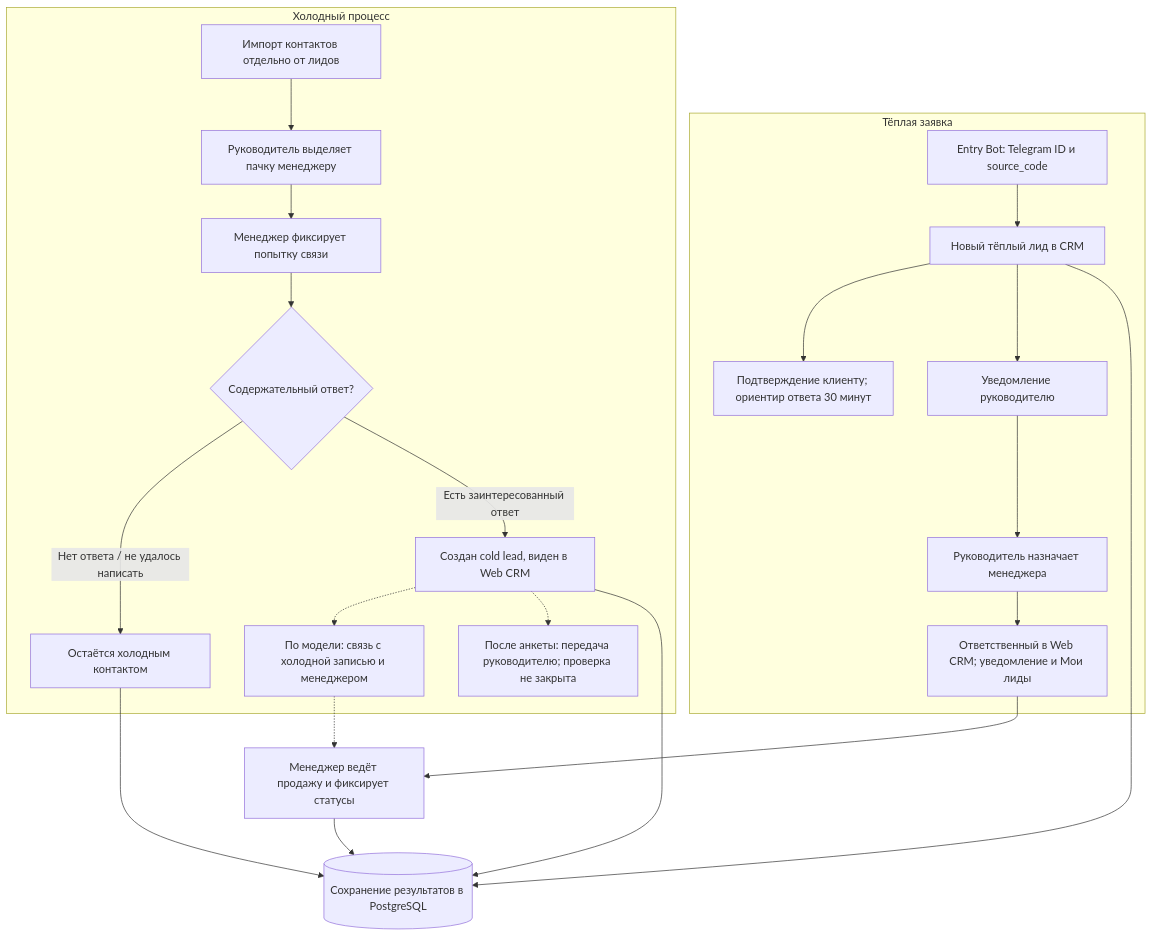
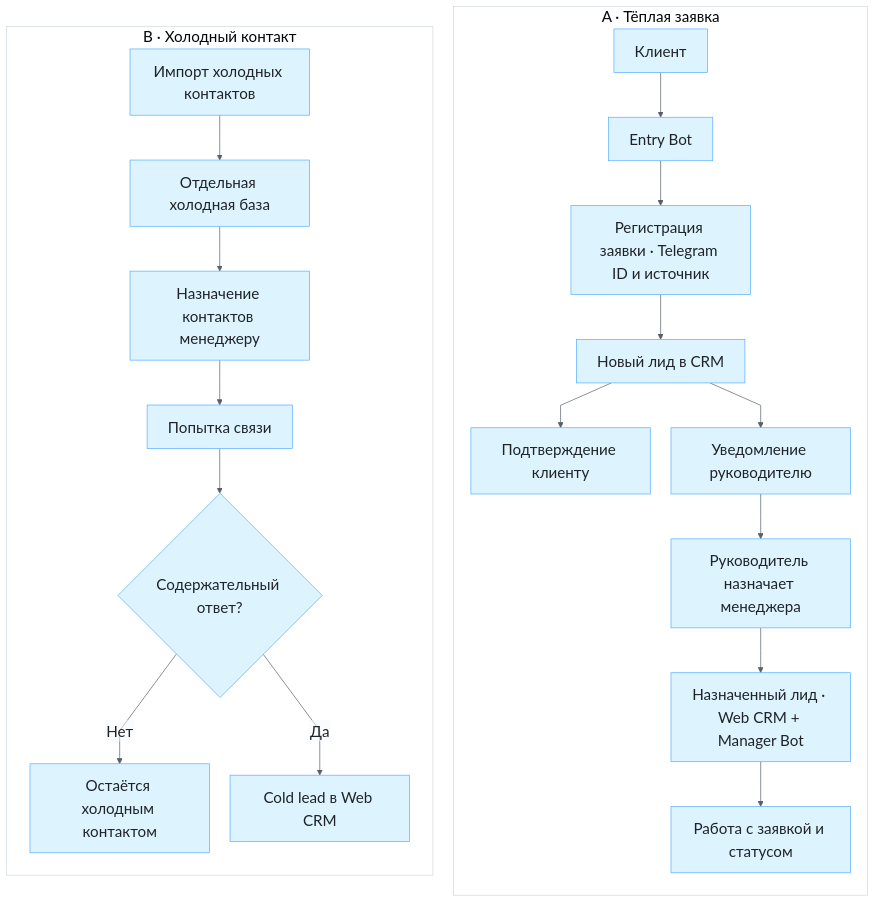
The diagram in crm/architecture/lead-flow.mmd (EugeneCodeCeo/learn-and-earn-case-studies), drawn with Mermaid before and after one commit. The commit also changed 4 other files, not shown here.

Commit message:
docs: redesign CRM case study and architecture

```diff
--- a/crm/architecture/lead-flow.mmd
+++ b/crm/architecture/lead-flow.mmd
@@ -1,23 +1,27 @@
-flowchart TD
-    subgraph Warm["Тёплая заявка"]
-      Entry["Entry Bot: Telegram ID и source_code"] --> WarmLead["Новый тёплый лид в CRM"]
-      WarmLead --> Ack["Подтверждение клиенту; ориентир ответа 30 минут"]
-      WarmLead --> Notify["Уведомление руководителю"]
-      Notify --> Assign["Руководитель назначает менеджера"]
-      Assign --> Tasks["Ответственный в Web CRM; уведомление и Мои лиды"]
+%%{init: {"theme":"base","themeVariables":{"fontFamily":"Segoe UI, Arial, sans-serif","fontSize":"22px","primaryColor":"#ddf4ff","primaryTextColor":"#1f2328","primaryBorderColor":"#54aeff","lineColor":"#57606a","clusterBkg":"#ffffff","clusterBorder":"#d1d9e0","edgeLabelBackground":"#f6f8fa"},"flowchart":{"htmlLabels":false,"curve":"linear","nodeSpacing":30,"rankSpacing":40}}}%%
+flowchart TB
+    subgraph Warm["A · Тёплая заявка"]
+        direction TB
+        Client["Клиент"] --> Entry["Entry Bot"]
+        Entry --> Register["Регистрация заявки · Telegram ID и источник"]
+        Register --> WarmLead["Новый лид в CRM"]
+        WarmLead --> Ack["Подтверждение клиенту"]
+        WarmLead --> Notify["Уведомление руководителю"]
+        Notify --> Assign["Руководитель назначает менеджера"]
+        Assign --> Assigned["Назначенный лид · Web CRM + Manager Bot"]
+        Assigned --> Work["Работа с заявкой и статусом"]
     end
-    subgraph Cold["Холодный процесс"]
-      Import["Импорт контактов отдельно от лидов"] --> Batch["Руководитель выделяет пачку менеджеру"]
-      Batch --> Attempt["Менеджер фиксирует попытку связи"]
-      Attempt --> Response{"Содержательный ответ?"}
-      Response -->|"Нет ответа / не удалось написать"| Remain["Остаётся холодным контактом"]
-      Response -->|"Есть заинтересованный ответ"| ColdLead["Создан cold lead, виден в Web CRM"]
-      ColdLead -.-> Link["По модели: связь с холодной записью и менеджером"]
-      ColdLead -.-> Form["После анкеты: передача руководителю; проверка не закрыта"]
+    subgraph Cold["B · Холодный контакт"]
+        direction TB
+        Import["Импорт холодных контактов"] --> Base["Отдельная холодная база"]
+        Base --> ColdAssign["Назначение контактов менеджеру"]
+        ColdAssign --> Attempt["Попытка связи"]
+        Attempt --> Response{"Содержательный ответ?"}
+        Response -->|"Нет"| Remain["Остаётся холодным контактом"]
+        Response -->|"Да"| ColdLead["Cold lead в Web CRM"]
     end
-    Tasks --> Work["Менеджер ведёт продажу и фиксирует статусы"]
-    Link -.-> Work
-    Work --> Store[("Сохранение результатов в PostgreSQL")]
-    WarmLead --> Store
-    Remain --> Store
-    ColdLead --> Store
+    %% Entry Bot регистрирует заявку; автоматическая выдача Free не заявляется.
+    %% «Написал» само по себе не создаёт лид. Полный холодный процесс не прошёл повторный сквозной прогон.
+    %% Показана документированная механика; переход «ответ → cold lead» зафиксирован исторически.
+    %% PostgreSQL — хранилище, не источник уведомлений и назначений; хранение показано на схеме компонентов.
+    %% 30 минут из интерфейса не трактуются как измеренный SLA; конкурентная дедупликация не заявляется.
```
